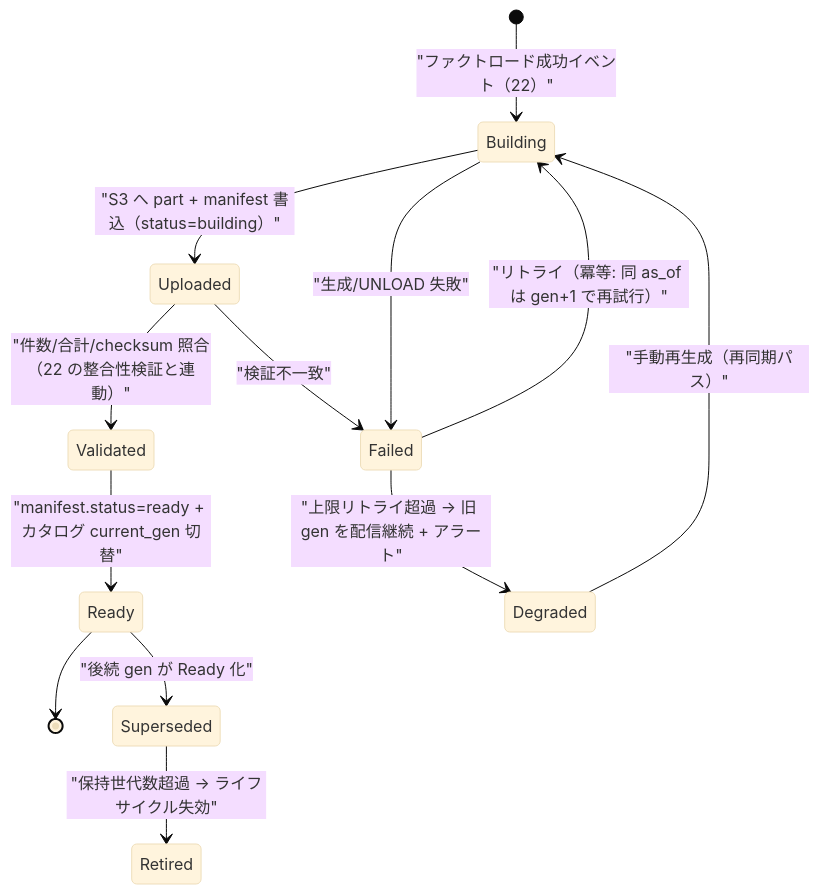
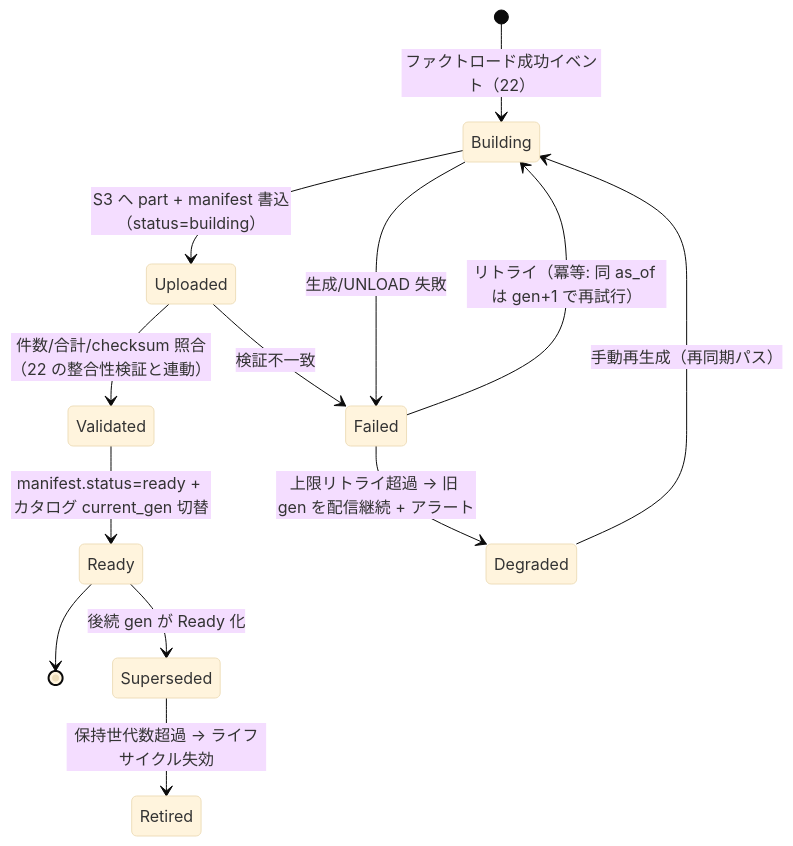
One commit to TSUNAGUBA/akebono-honshu changed the second of 4 diagrams in docs/platform-design/detailed-design/26-snapshot-and-document-db.md. Above: the diagram before and after it, drawn with Mermaid (base theme). The commit also changed other lines of this file and 30 other files, not shown here.

````diff
--- a/docs/platform-design/detailed-design/26-snapshot-and-document-db.md
+++ b/docs/platform-design/detailed-design/26-snapshot-and-document-db.md
@@ -190,15 +216,15 @@
 ```mermaid
 stateDiagram-v2
-    [*] --> Building: "ファクトロード成功イベント（22）"
-    Building --> Uploaded: "S3 へ part + manifest 書込（status=building）"
-    Uploaded --> Validated: "件数/合計/checksum 照合（22 の整合性検証と連動）"
-    Validated --> Ready: "manifest.status=ready + カタログ current_gen 切替"
+    [*] --> Building: ファクトロード成功イベント（22）
+    Building --> Uploaded: S3 へ part + manifest 書込（status=building）
+    Uploaded --> Validated: 件数/合計/checksum 照合（22 の整合性検証と連動）
+    Validated --> Ready: manifest.status=ready + カタログ current_gen 切替
     Ready --> [*]
-    Building --> Failed: "生成/UNLOAD 失敗"
-    Uploaded --> Failed: "検証不一致"
-    Failed --> Building: "リトライ（冪等: 同 as_of は gen+1 で再試行）"
-    Failed --> Degraded: "上限リトライ超過 → 旧 gen を配信継続 + アラート"
-    Degraded --> Building: "手動再生成（再同期パス）"
-    Ready --> Superseded: "後続 gen が Ready 化"
-    Superseded --> Retired: "保持世代数超過 → ライフサイクル失効"
+    Building --> Failed: 生成/UNLOAD 失敗
+    Uploaded --> Failed: 検証不一致
+    Failed --> Building: リトライ（冪等: 同 as_of は gen+1 で再試行）
+    Failed --> Degraded: 上限リトライ超過 → 旧 gen を配信継続 + アラート
+    Degraded --> Building: 手動再生成（再同期パス）
+    Ready --> Superseded: 後続 gen が Ready 化
+    Superseded --> Retired: 保持世代数超過 → ライフサイクル失効
 ```
````
